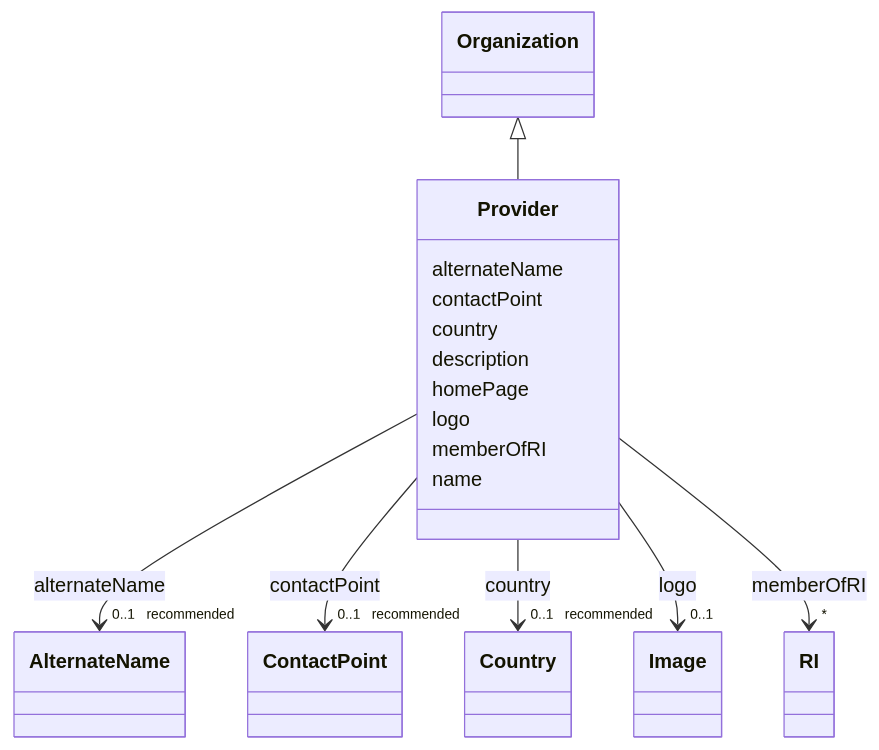
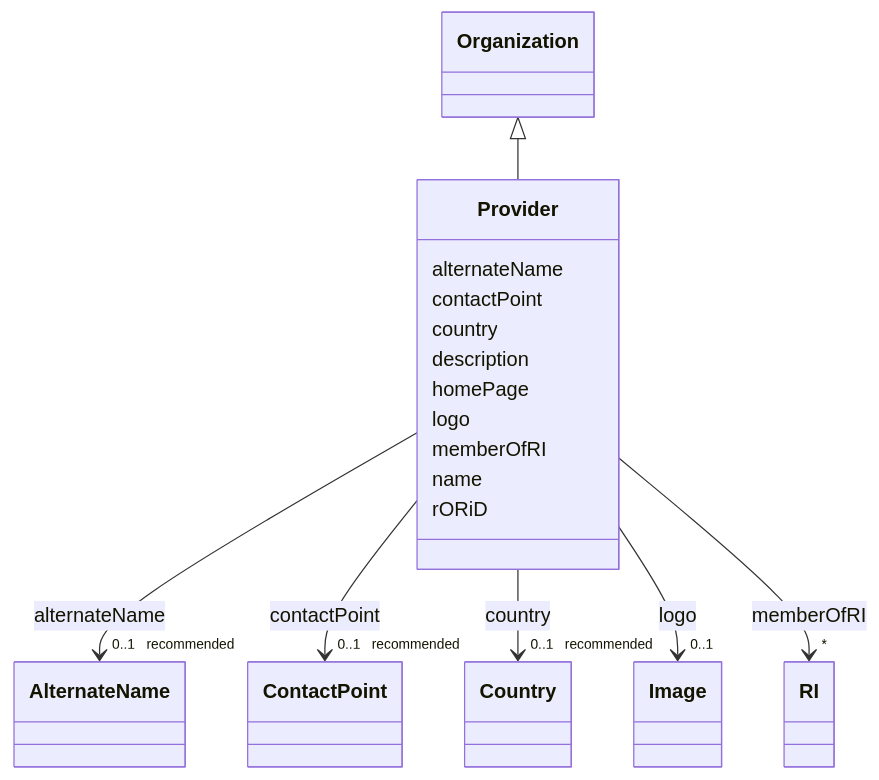
Before and after one commit to EVORA-project/evora-ontology: the diagram in models/docs/Provider.md, drawn with Mermaid. The commit also changed other lines of this file and 172 other files, not shown here.

````diff
--- a/models/docs/Provider.md
+++ b/models/docs/Provider.md
@@ -19,60 +19,62 @@
 ```mermaid
  classDiagram
     class Provider
     click Provider href "../Provider"
       Organization <|-- Provider
         click Organization href "../Organization"
       
       Provider : alternateName
         
           
     
     
     Provider --> "0..1 _recommended_" AlternateName : alternateName
     click AlternateName href "../AlternateName"
 
         
       Provider : contactPoint
         
           
     
     
     Provider --> "0..1 _recommended_" ContactPoint : contactPoint
     click ContactPoint href "../ContactPoint"
 
         
       Provider : country
         
           
     
     
     Provider --> "0..1 _recommended_" Country : country
     click Country href "../Country"
 
         
       Provider : description
         
       Provider : homePage
         
       Provider : logo
         
           
     
     
     Provider --> "0..1" Image : logo
     click Image href "../Image"
 
         
       Provider : memberOfRI
         
           
     
     
     Provider --> "*" RI : memberOfRI
     click RI href "../RI"
 
         
       Provider : name
         
+      Provider : rORiD
+        
       
 ```
````
